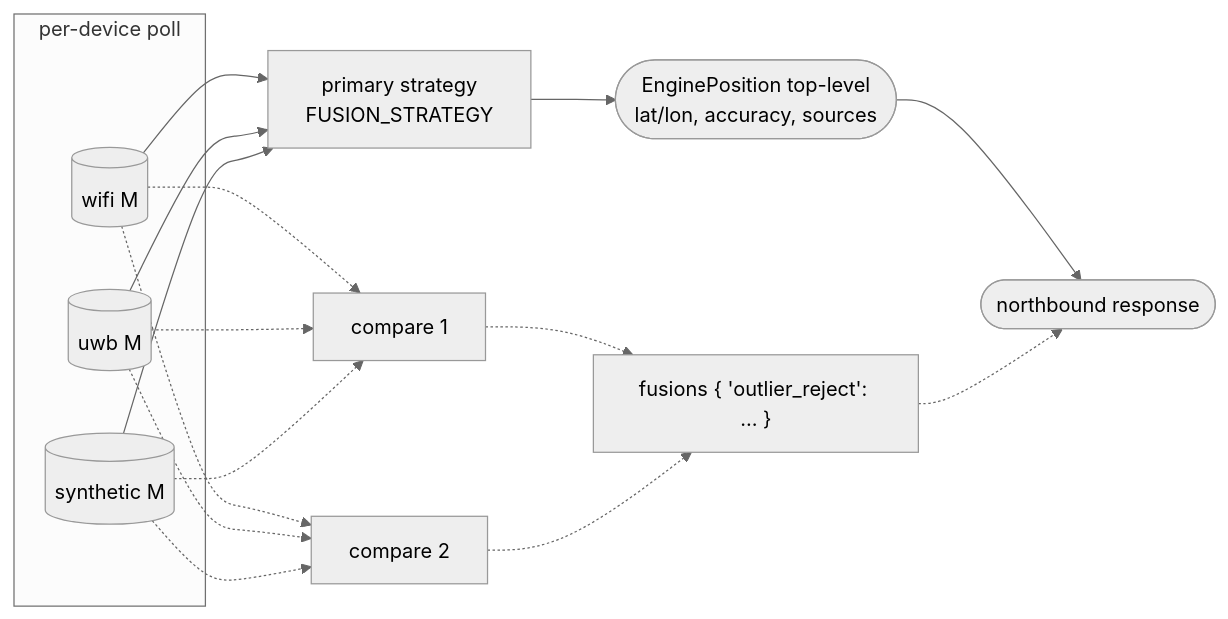
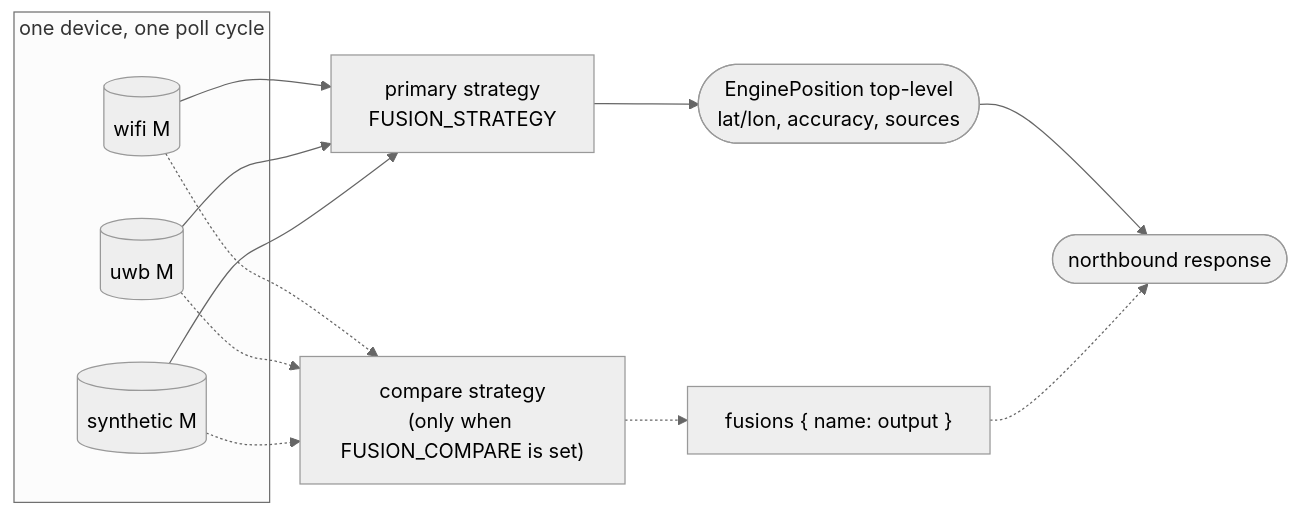
The diagram in docs/fusion-strategies.md (Jacobbista/5g-northbound), drawn with Mermaid (neutral theme) before and after one commit. The commit also changed other lines of this file and 11 other files, not shown here.

First line of the commit message:
docs: fix the asset vocabulary and rebuild the architecture spine

````diff
--- a/docs/fusion-strategies.md
+++ b/docs/fusion-strategies.md
@@ -16,22 +18,18 @@
 ```mermaid
 flowchart LR
-  subgraph poll[per-device poll]
+  subgraph poll["one device, one poll cycle"]
     M1[(wifi M)]
-    M2[(uwb  M)]
+    M2[(uwb M)]
     M3[(synthetic M)]
   end
   M1 --> PRI[primary strategy<br/>FUSION_STRATEGY]
   M2 --> PRI
   M3 --> PRI
-  M1 -.-> C1[compare 1]
+  M1 -.-> C1["compare strategy<br/>(only when FUSION_COMPARE is set)"]
   M2 -.-> C1
   M3 -.-> C1
-  M1 -.-> C2[compare 2]
-  M2 -.-> C2
-  M3 -.-> C2
   PRI --> TOP([EnginePosition top-level<br/>lat/lon, accuracy, sources])
-  C1 -.-> EXT["fusions { 'kalman': … }"]
-  C2 -.-> EXT["fusions { 'outlier_reject': … }"]
+  C1 -.-> EXT["fusions { name: output }"]
   TOP --> RESP([northbound response])
   EXT -.-> RESP
 ```
````
